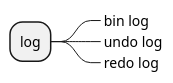
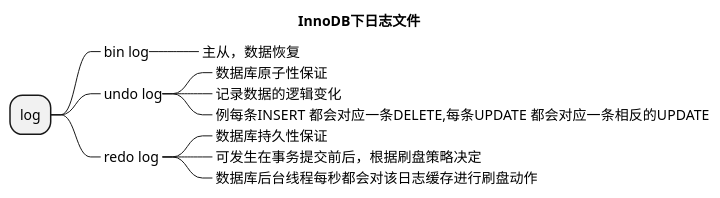
Before and after one commit to yayaa-uuu/study: diagram 13 of 16 in 面试/数据库/mysql/mysql.md, drawn with PlantUML. The commit also changed other lines of this file, not shown here.

````diff
--- a/面试/数据库/mysql/mysql.md
+++ b/面试/数据库/mysql/mysql.md
@@ -199,8 +217,16 @@
 ```plantuml
 @startmindmap
+title InnoDB下日志文件
 * log
 **_ bin log
+***_ 主从，数据恢复
 **_ undo log
-**_ redo log
+***_ 数据库原子性保证
+***_ 记录数据的逻辑变化
+***_ 例每条INSERT 都会对应一条DELETE,每条UPDATE 都会对应一条相反的UPDATE
+**_ redo log 
+***_ 数据库持久性保证 
+***_ 可发生在事务提交前后，根据刷盘策略决定
+***_ 数据库后台线程每秒都会对该日志缓存进行刷盘动作
 @endmindmap
 ```
````
